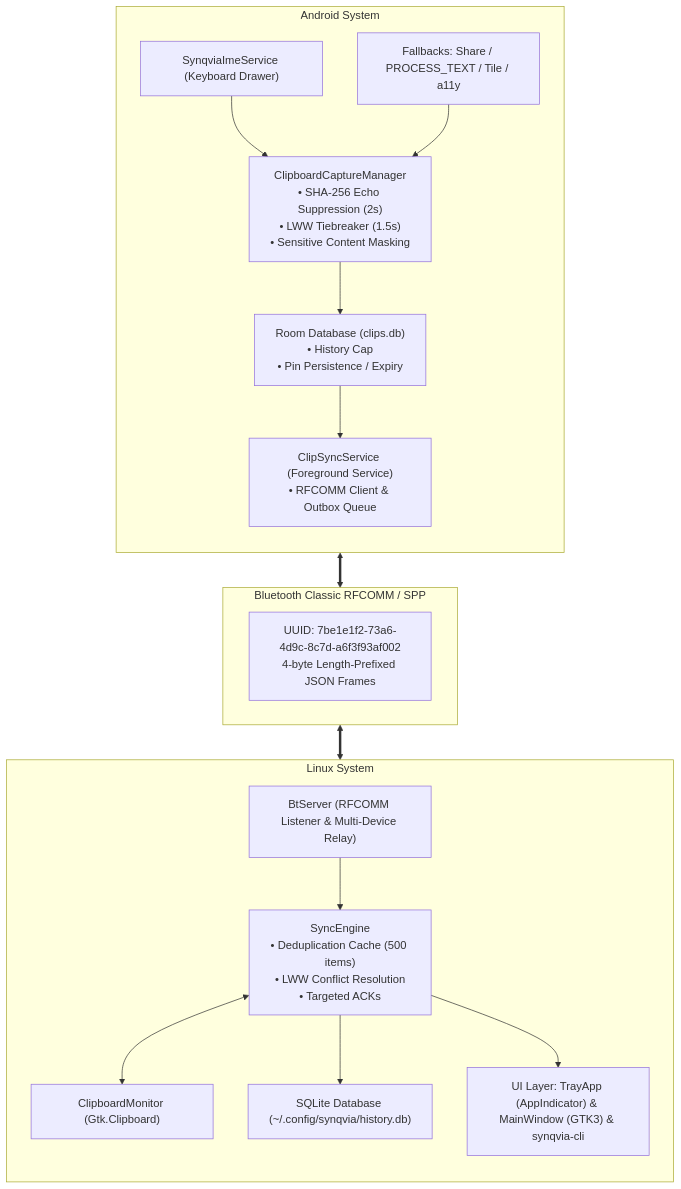
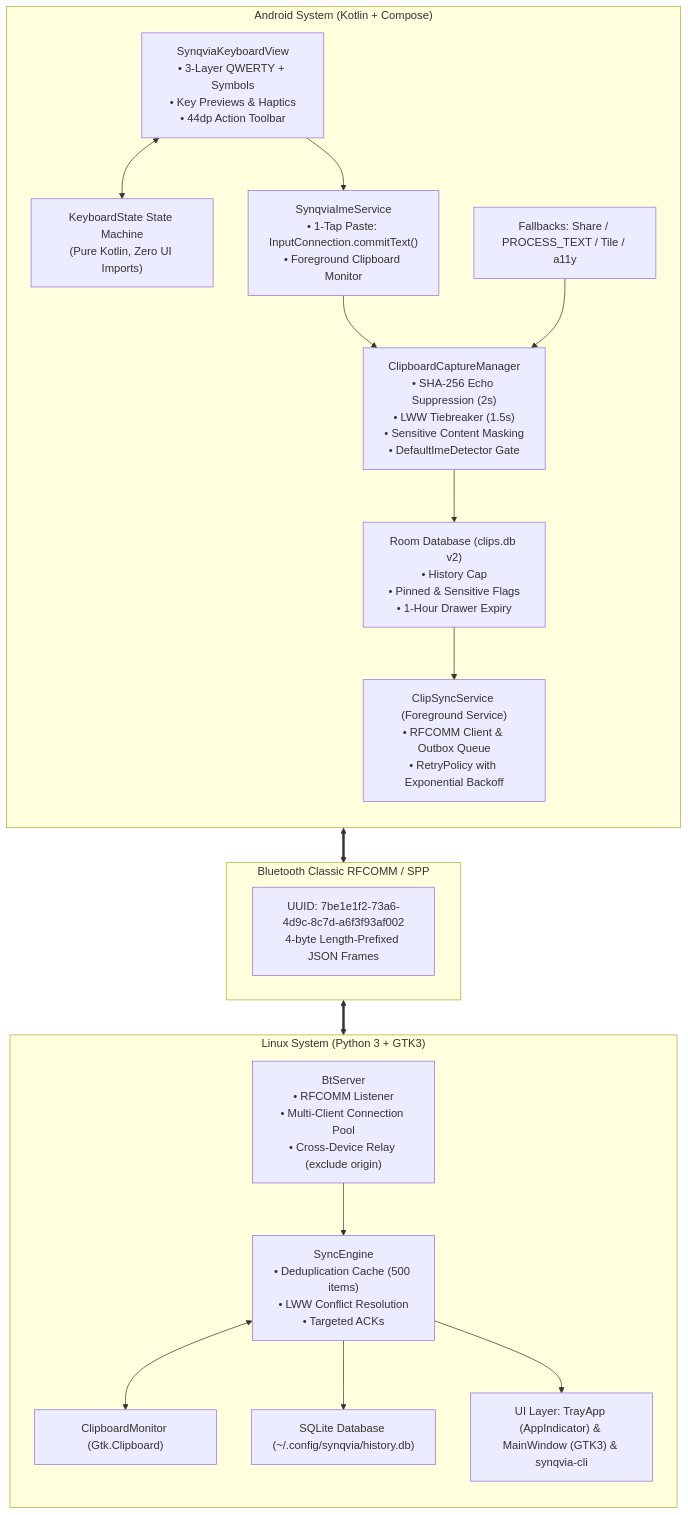
One commit to premtechworks/Synqvia changed the diagram in README.md. Above: the diagram before and after it, drawn with Mermaid. The commit also changed other lines of this file and 114 other files, not shown here.

````diff
--- a/README.md
+++ b/README.md
@@ -86,37 +100,41 @@
 ```mermaid
 flowchart TD
-    subgraph Android["Android System"]
+    subgraph Android["Android System (Kotlin + Compose)"]
         direction TB
-        IME["SynqviaImeService (Keyboard Drawer)"]
+        KB["SynqviaKeyboardView\n• 3-Layer QWERTY + Symbols\n• Key Previews & Haptics\n• 44dp Action Toolbar"]
+        KBS["KeyboardState State Machine\n(Pure Kotlin, Zero UI Imports)"]
+        IME["SynqviaImeService\n• 1-Tap Paste: InputConnection.commitText()\n• Foreground Clipboard Monitor"]
         FALLBACKS["Fallbacks: Share / PROCESS_TEXT / Tile / a11y"]
-        CCM["ClipboardCaptureManager\n• SHA-256 Echo Suppression (2s)\n• LWW Tiebreaker (1.5s)\n• Sensitive Content Masking"]
-        ROOM["Room Database (clips.db)\n• History Cap\n• Pin Persistence / Expiry"]
-        CSS["ClipSyncService (Foreground Service)\n• RFCOMM Client & Outbox Queue"]
+        CCM["ClipboardCaptureManager\n• SHA-256 Echo Suppression (2s)\n• LWW Tiebreaker (1.5s)\n• Sensitive Content Masking\n• DefaultImeDetector Gate"]
+        ROOM["Room Database (clips.db v2)\n• History Cap\n• Pinned & Sensitive Flags\n• 1-Hour Drawer Expiry"]
+        CSS["ClipSyncService (Foreground Service)\n• RFCOMM Client & Outbox Queue\n• RetryPolicy with Exponential Backoff"]
 
+        KB <--> KBS
+        KB --> IME
         IME --> CCM
         FALLBACKS --> CCM
         CCM --> ROOM
         ROOM --> CSS
     end
 
     subgraph RFCOMM["Bluetooth Classic RFCOMM / SPP"]
         direction LR
         WIRE["UUID: 7be1e1f2-73a6-4d9c-8c7d-a6f3f93af002\n4-byte Length-Prefixed JSON Frames"]
     end
 
-    subgraph Linux["Linux System"]
+    subgraph Linux["Linux System (Python 3 + GTK3)"]
         direction TB
-        BT["BtServer (RFCOMM Listener & Multi-Device Relay)"]
+        BT["BtServer\n• RFCOMM Listener\n• Multi-Client Connection Pool\n• Cross-Device Relay (exclude origin)"]
         ENGINE["SyncEngine\n• Deduplication Cache (500 items)\n• LWW Conflict Resolution\n• Targeted ACKs"]
         CLIP["ClipboardMonitor (Gtk.Clipboard)"]
         SQLITE["SQLite Database (~/.config/synqvia/history.db)"]
         UI["UI Layer: TrayApp (AppIndicator) & MainWindow (GTK3) & synqvia-cli"]
 
         BT --> ENGINE
         ENGINE <--> CLIP
         ENGINE --> SQLITE
         ENGINE --> UI
     end
 
     CSS <==> WIRE <==> BT
 ```
````
